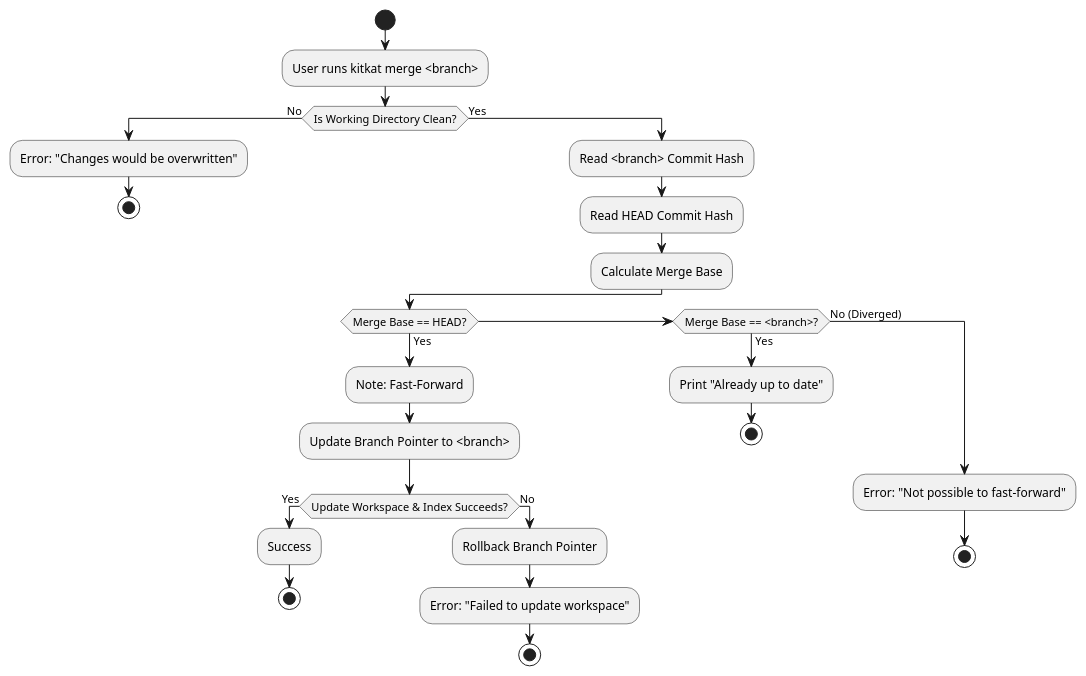
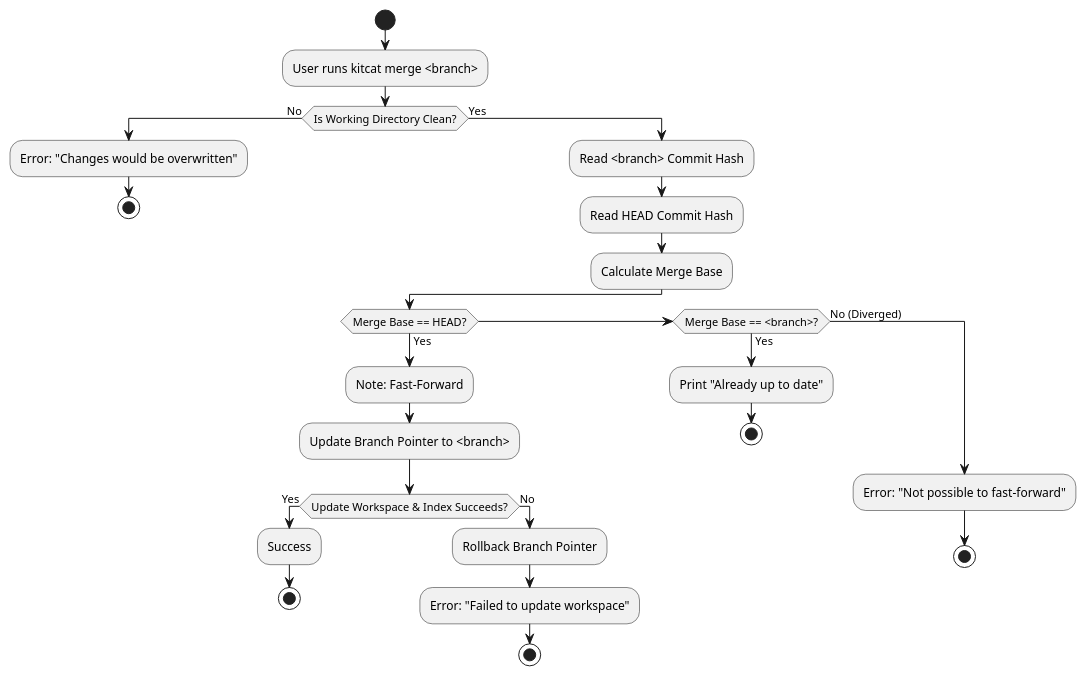
Before and after one commit to LeeFred3042U/kitkat: the diagram in docs/architecture/merge/merge.puml, drawn with PlantUML. The commit also changed 2 other files, not shown here.

```diff
--- a/docs/architecture/merge/merge.puml
+++ b/docs/architecture/merge/merge.puml
@@ -1,30 +1,30 @@
 @startuml
 start
-:User runs kitkat merge <branch>;
+:User runs kitcat merge <branch>;
 if (Is Working Directory Clean?) then (No)
   :Error: "Changes would be overwritten";
   stop
 else (Yes)
   :Read <branch> Commit Hash;
   :Read HEAD Commit Hash;
   :Calculate Merge Base;
   if (Merge Base == HEAD?) then (Yes)
     :Note: Fast-Forward;
     :Update Branch Pointer to <branch>;
     if (Update Workspace & Index Succeeds?) then (Yes)
       :Success;
       stop
     else (No)
       :Rollback Branch Pointer;
       :Error: "Failed to update workspace";
       stop
     endif
   elseif (Merge Base == <branch>?) then (Yes)
     :Print "Already up to date";
     stop
   else (No (Diverged))
     :Error: "Not possible to fast-forward";
     stop
   endif
 endif
 @enduml
```
